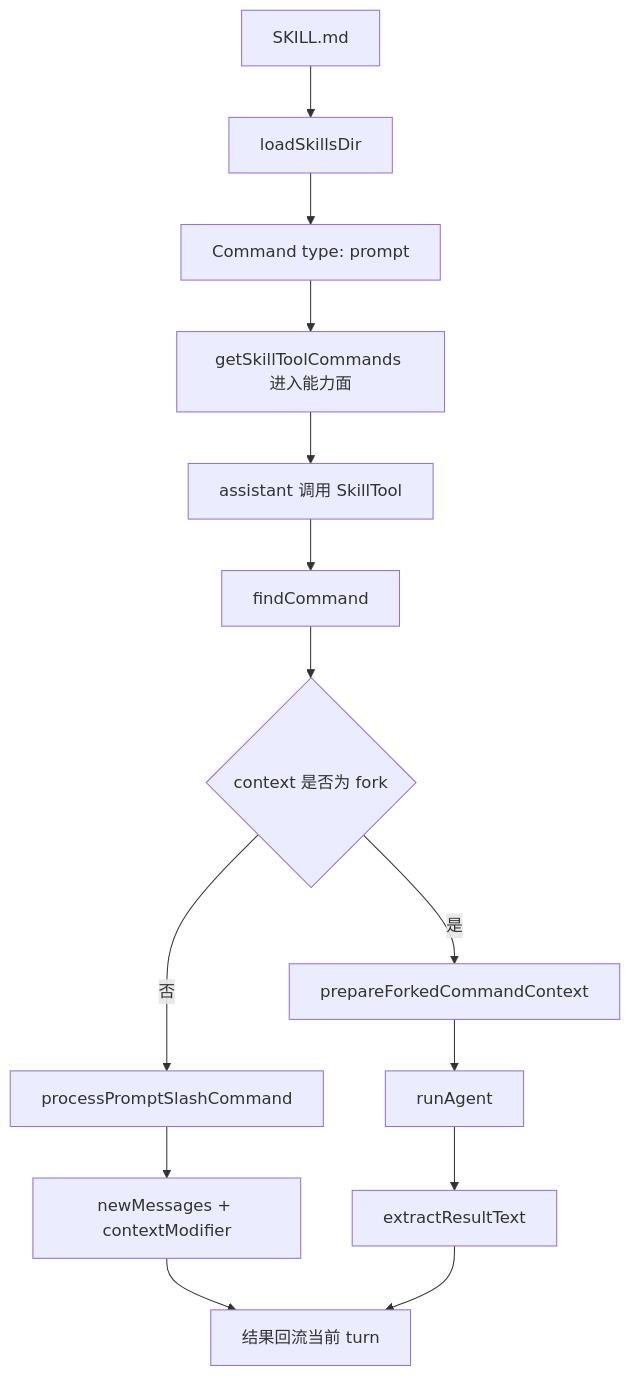
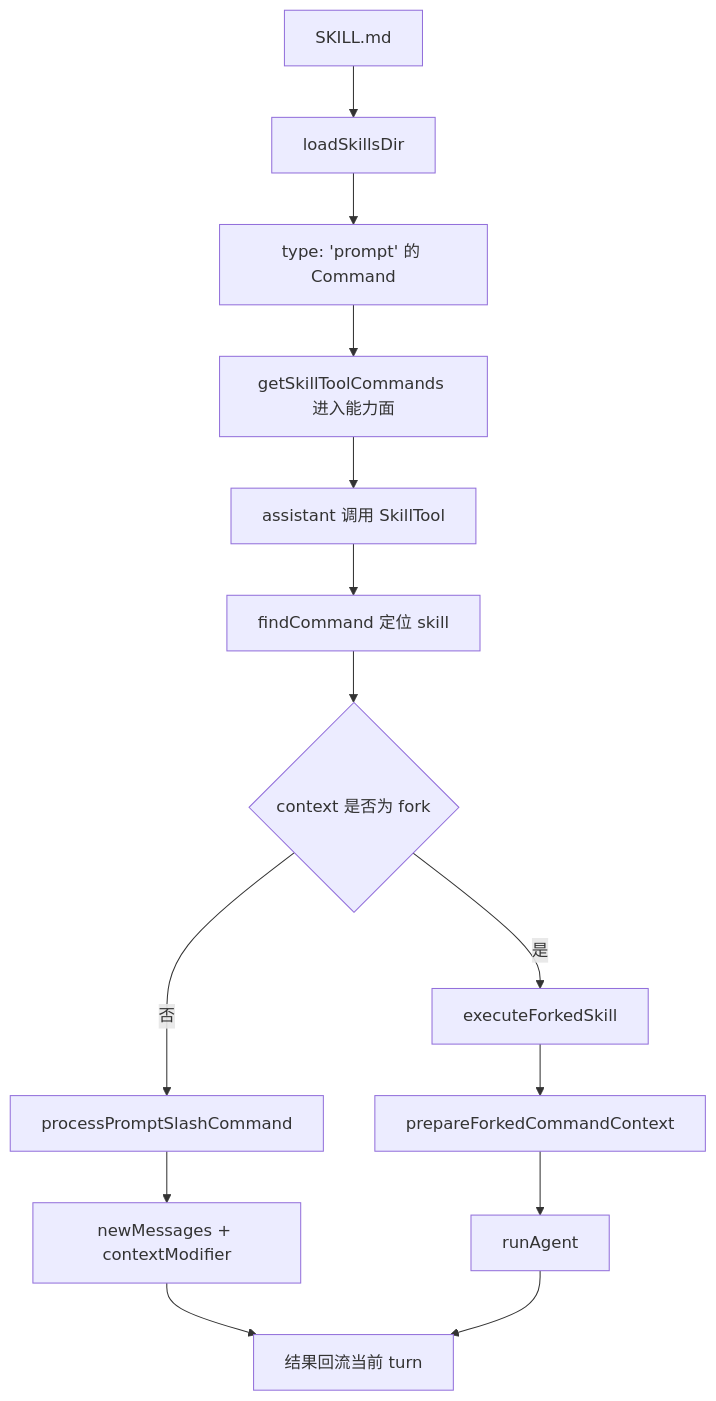
One commit to T0UGH/claude-code-source-guide changed the diagram in docs/guidebookv2/volume-5/06-how-skilltool-and-skills-runtime-enter-the-execution-chain.md. Above: the diagram before and after it, drawn with Mermaid. The commit also changed other lines of this file and 5 other files, not shown here.

````diff
--- a/docs/guidebookv2/volume-5/06-how-skilltool-and-skills-runtime-enter-the-execution-chain.md
+++ b/docs/guidebookv2/volume-5/06-how-skilltool-and-skills-runtime-enter-the-execution-chain.md
@@ -215,16 +51,16 @@
 ```mermaid
 flowchart TD
     A[SKILL.md] --> B[loadSkillsDir]
-    B --> C[Command type: prompt]
+    B --> C[type: 'prompt' 的 Command]
     C --> D[getSkillToolCommands 进入能力面]
     D --> E[assistant 调用 SkillTool]
-    E --> F[findCommand]
+    E --> F[findCommand 定位 skill]
     F --> G{context 是否为 fork}
     G -- 否 --> H[processPromptSlashCommand]
     H --> I[newMessages + contextModifier]
-    G -- 是 --> J[prepareForkedCommandContext]
-    J --> K[runAgent]
-    K --> L[extractResultText]
+    G -- 是 --> J[executeForkedSkill]
+    J --> K[prepareForkedCommandContext]
+    K --> L[runAgent]
     I --> M[结果回流当前 turn]
     L --> M
 ```
````
